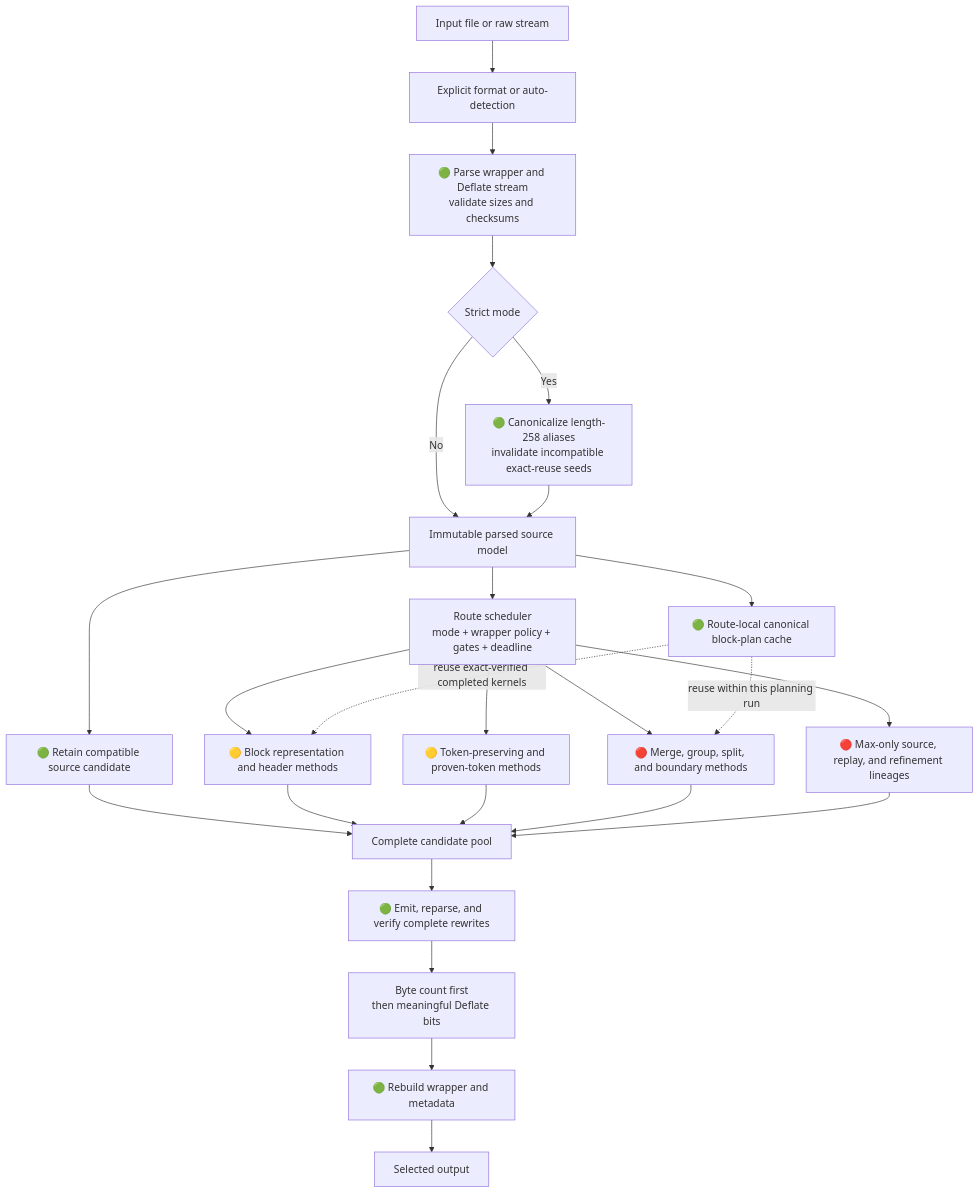
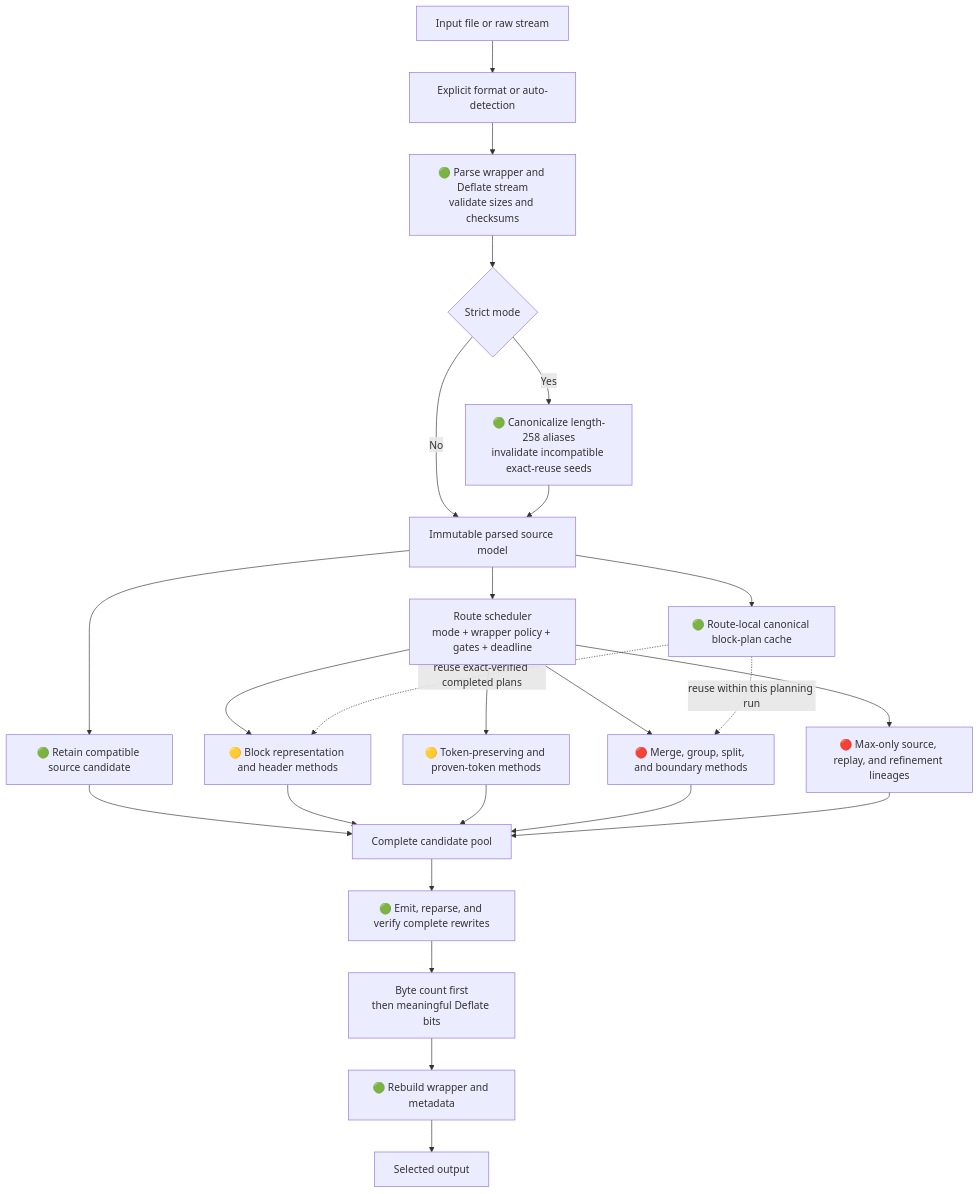
Before and after one commit to ace-dent/columbo: the first of 6 diagrams in docs/routes-and-methods.md, drawn with Mermaid. The commit also changed other lines of this file and 114 other files, not shown here.

````diff
--- a/docs/routes-and-methods.md
+++ b/docs/routes-and-methods.md
@@ -50,30 +45,30 @@
 ```mermaid
 flowchart TD
     IN["Input file or raw stream"] --> DETECT["Explicit format or auto-detection"]
     DETECT --> PARSE["🟢 Parse wrapper and Deflate stream<br/>validate sizes and checksums"]
     PARSE --> STRICT{"Strict mode"}
     STRICT -- "Yes" --> NORMALIZE["🟢 Canonicalize length-258 aliases<br/>invalidate incompatible exact-reuse seeds"]
     STRICT -- "No" --> MODEL["Immutable parsed source model"]
     NORMALIZE --> MODEL
 
     MODEL --> ORIGINAL["🟢 Retain compatible source candidate"]
     MODEL --> SCHEDULE["Route scheduler<br/>mode + wrapper policy + gates + deadline"]
     SCHEDULE --> BLOCK["🟡 Block representation and header methods"]
     SCHEDULE --> TOKEN["🟡 Token-preserving and proven-token methods"]
     SCHEDULE --> STRUCTURE["🔴 Merge, group, split, and boundary methods"]
     SCHEDULE --> MAX["🔴 Max-only source, replay, and refinement lineages"]
 
     MODEL --> CACHE["🟢 Route-local canonical block-plan cache"]
-    CACHE -. "reuse exact-verified completed kernels" .-> BLOCK
+    CACHE -. "reuse exact-verified completed plans" .-> BLOCK
     CACHE -. "reuse within this planning run" .-> STRUCTURE
 
     ORIGINAL --> POOL["Complete candidate pool"]
     BLOCK --> POOL
     TOKEN --> POOL
     STRUCTURE --> POOL
     MAX --> POOL
     POOL --> VERIFY["🟢 Emit, reparse, and verify complete rewrites"]
     VERIFY --> ORDER["Byte count first<br/>then meaningful Deflate bits"]
     ORDER --> WRAP["🟢 Rebuild wrapper and metadata"]
     WRAP --> OUT["Selected output"]
 ```
````
